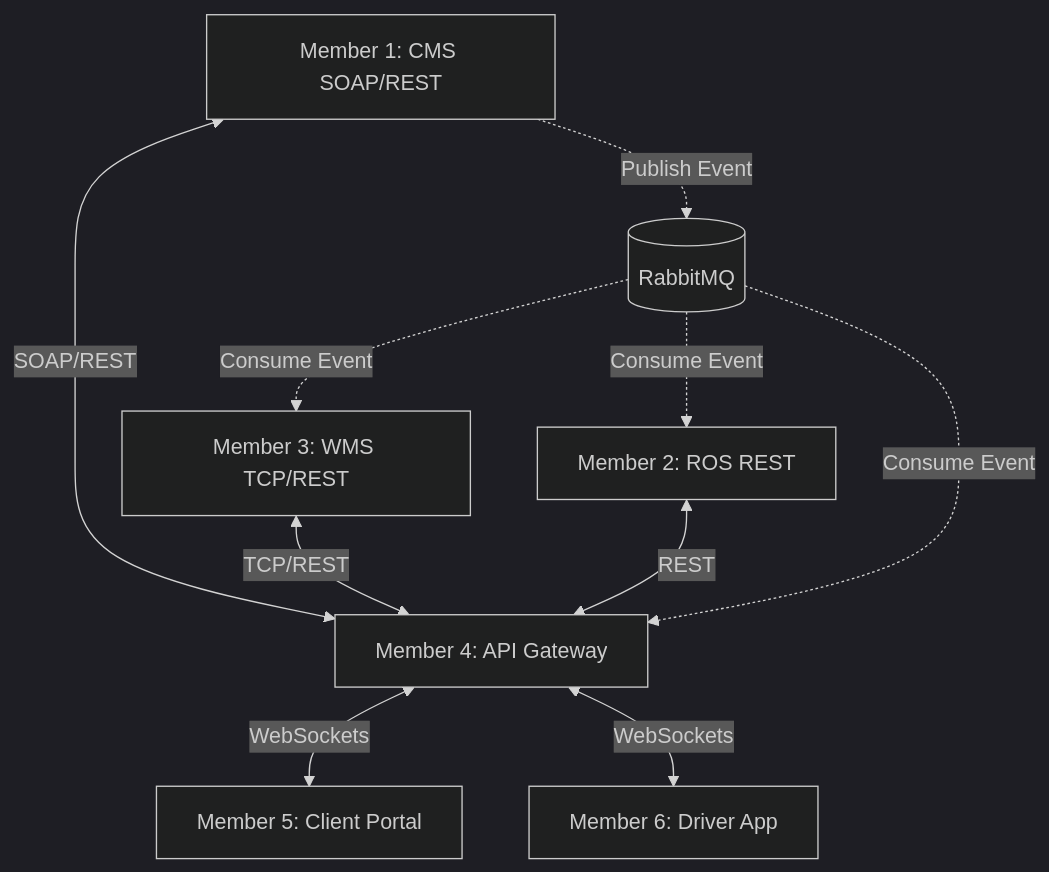
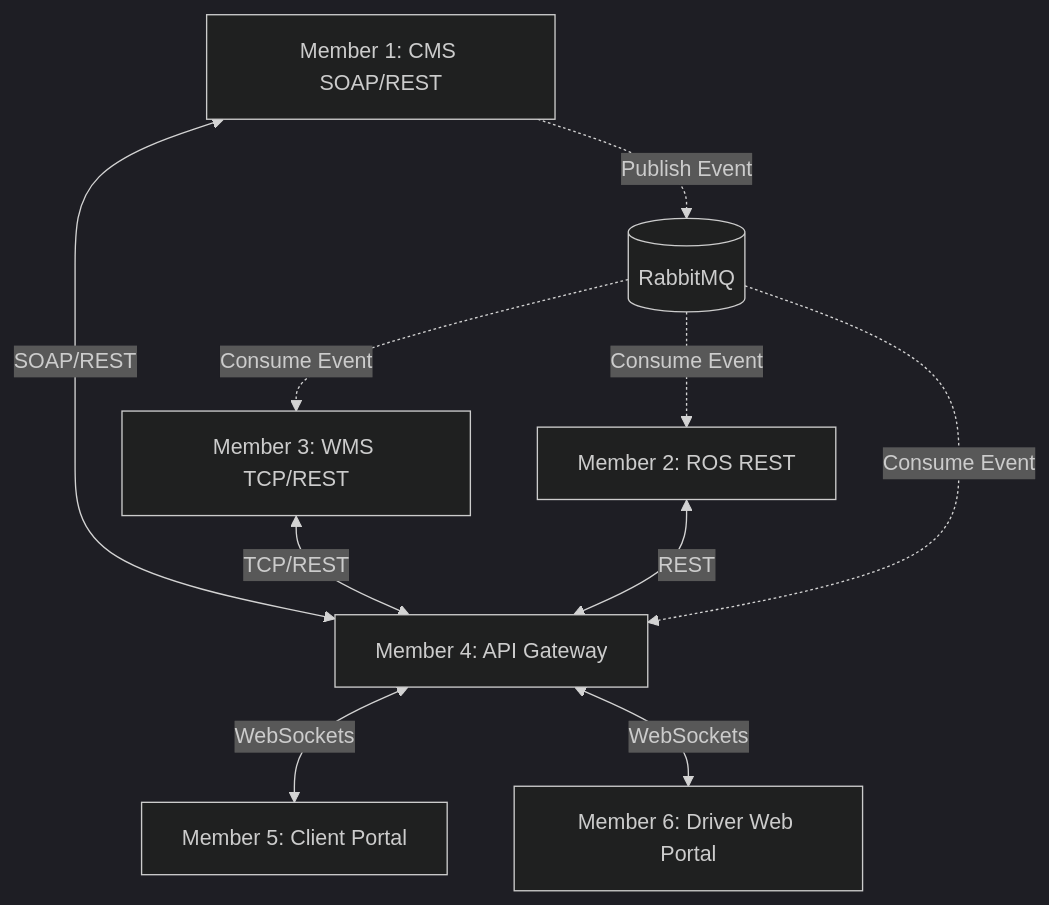
One commit to VMANFdo/Middleware-Architecture-for-SwiftLogistics- changed the diagram in plans/work-distribution.md. Above: the diagram before and after it, drawn with Mermaid (dark theme). The commit also changed other lines of this file and 18 other files, not shown here.

Commit message:
feat: implement JWT auth, Driver Web Portal, and POD signature workflow

````diff
--- a/plans/work-distribution.md
+++ b/plans/work-distribution.md
@@ -10,12 +10,12 @@
 ```mermaid
 graph TD
     M1[Member 1: CMS SOAP/REST] <-->|SOAP/REST| M4[Member 4: API Gateway]
     M3[Member 3: WMS TCP/REST] <-->|TCP/REST| M4
     M2[Member 2: ROS REST] <-->|REST| M4
     M4 <-->|WebSockets| M5[Member 5: Client Portal]
-    M4 <-->|WebSockets| M6[Member 6: Driver App]
+    M4 <-->|WebSockets| M6[Member 6: Driver Web Portal]
     M1 -.->|Publish Event| MQ[(RabbitMQ)]
     MQ -.->|Consume Event| M2
     MQ -.->|Consume Event| M3
     MQ -.->|Consume Event| M4
 ```
````
